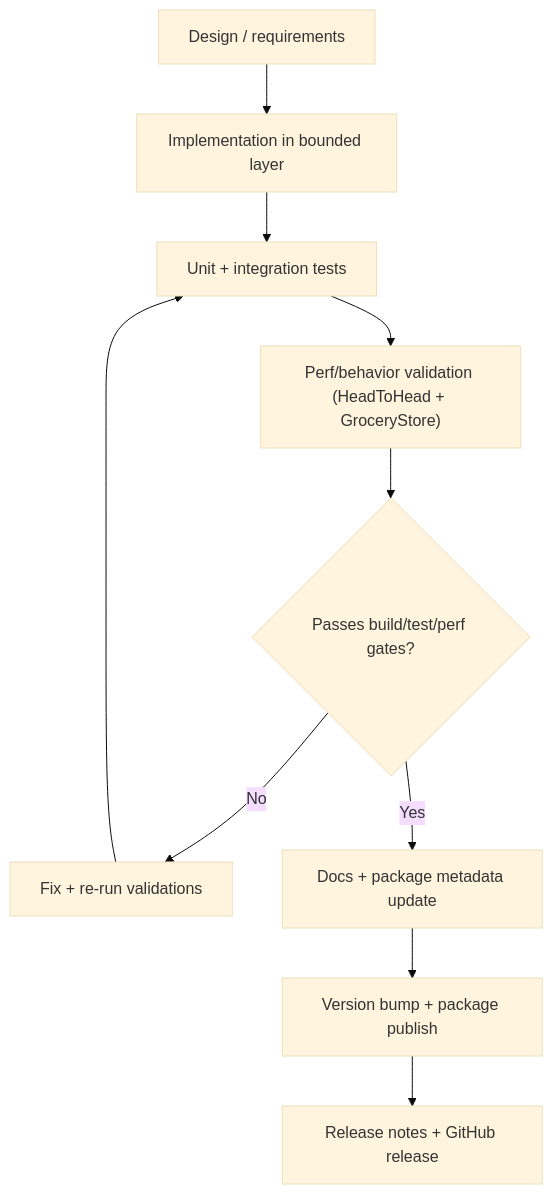
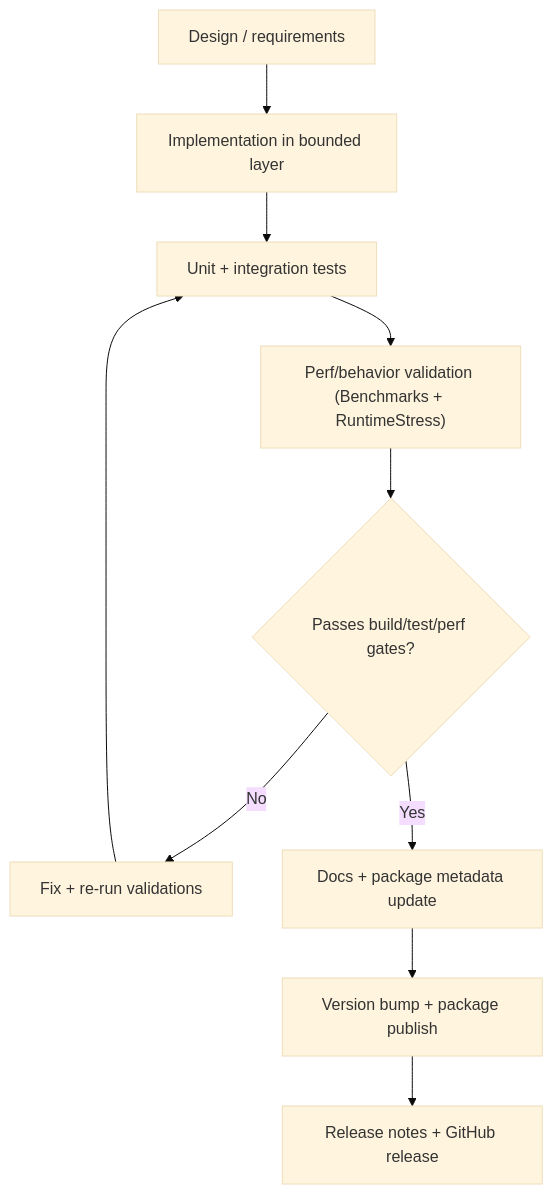
Before and after one commit to haxxornulled/VapeCache: the first of 3 diagrams in docs/PROCESS_MODEL.md, drawn with Mermaid (base theme). The commit also changed other lines of this file and 66 other files, not shown here.

````diff
--- a/docs/PROCESS_MODEL.md
+++ b/docs/PROCESS_MODEL.md
@@ -7,12 +7,12 @@
 ```mermaid
 flowchart TD
     A["Design / requirements"] --> B["Implementation in bounded layer"]
     B --> C["Unit + integration tests"]
-    C --> D["Perf/behavior validation (HeadToHead + GroceryStore)"]
+    C --> D["Perf/behavior validation (Benchmarks + RuntimeStress)"]
     D --> E{"Passes build/test/perf gates?"}
     E -- No --> F["Fix + re-run validations"]
     F --> C
     E -- Yes --> G["Docs + package metadata update"]
     G --> H["Version bump + package publish"]
     H --> I["Release notes + GitHub release"]
 ```
````
